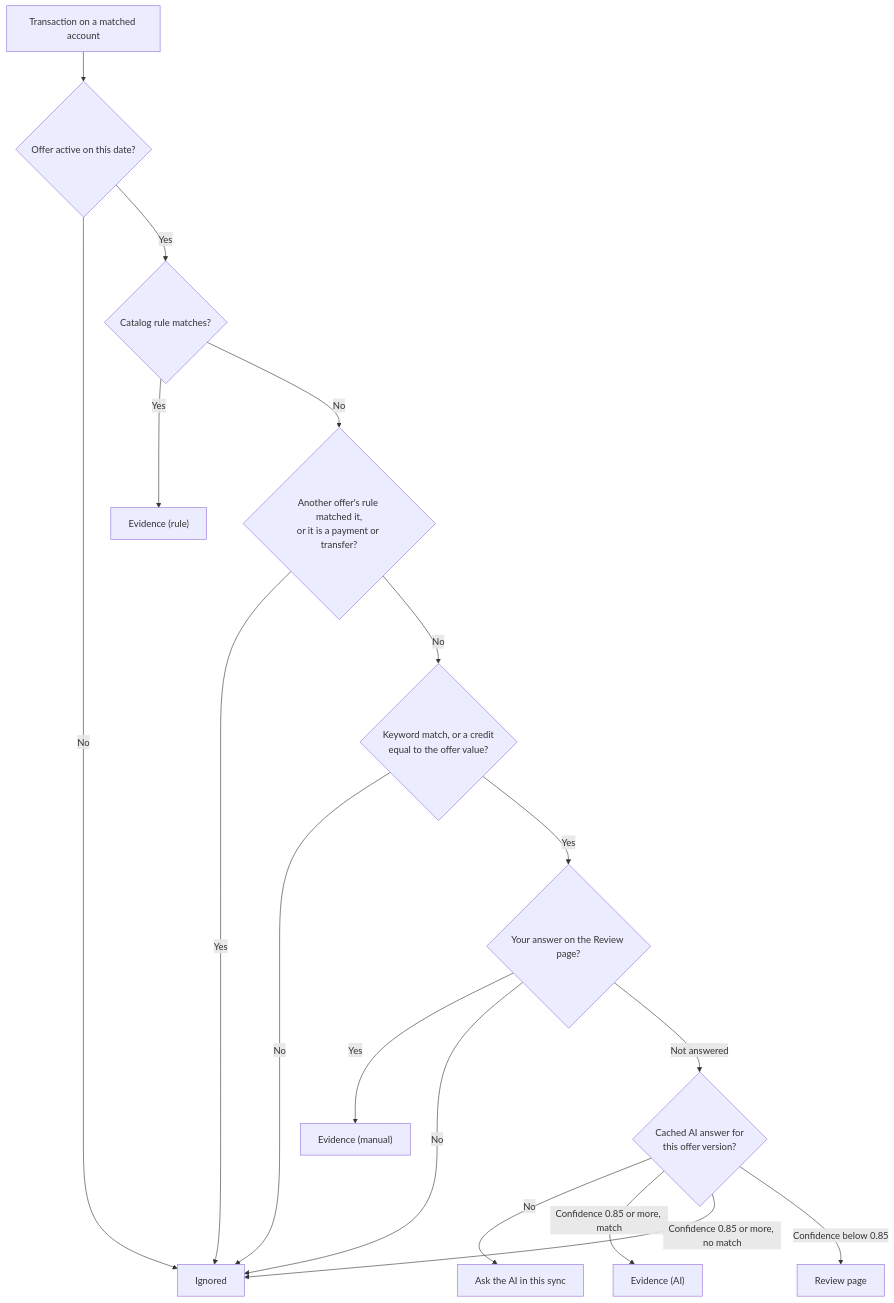
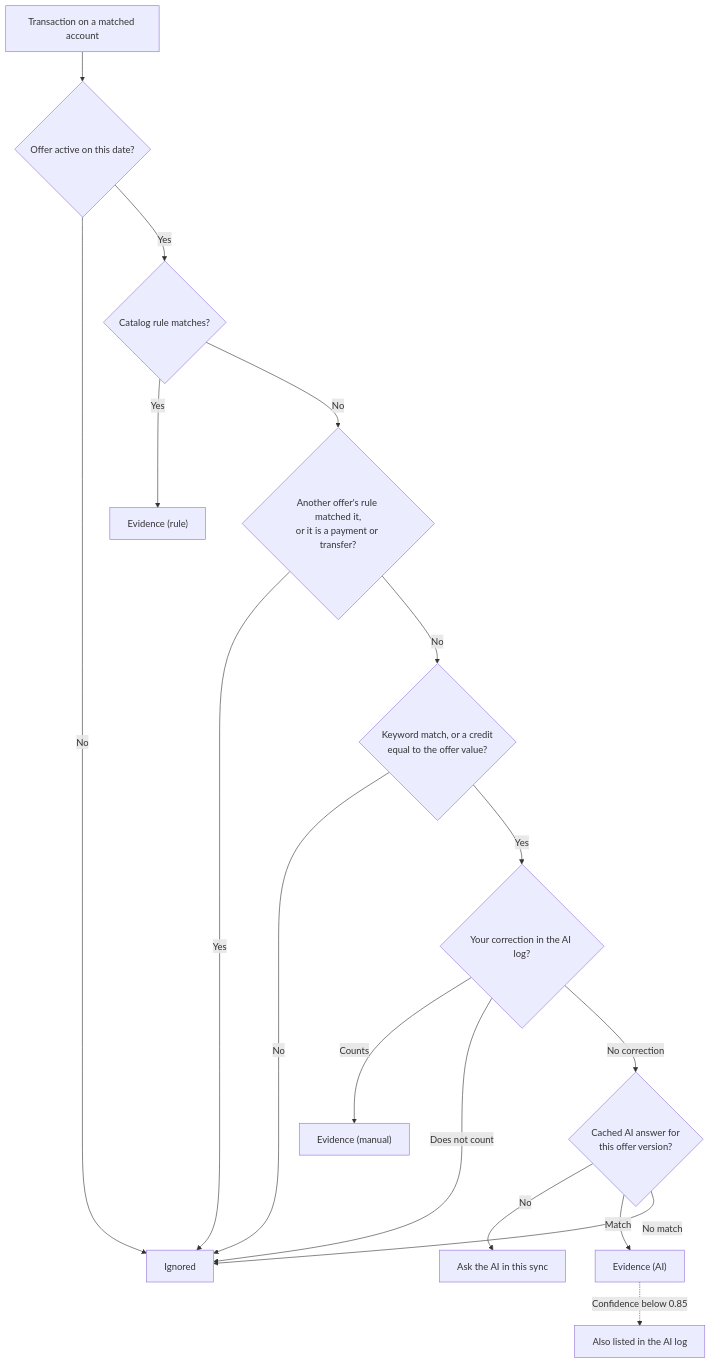
The third of 5 diagrams in docs/src/content/docs/how-to/offers.md (nsudhanva/homelab), drawn with Mermaid before and after one commit. The commit also changed other lines of this file and 55 other files, not shown here.

````diff
--- a/docs/src/content/docs/how-to/offers.md
+++ b/docs/src/content/docs/how-to/offers.md
@@ -65,19 +66,19 @@
 ```mermaid
 flowchart TD
   T["Transaction on a matched account"] --> Active{"Offer active on this date?"}
   Active -- No --> Skip["Ignored"]
   Active -- Yes --> Rule{"Catalog rule matches?"}
   Rule -- Yes --> Evidence["Evidence (rule)"]
   Rule -- No --> Other{"Another offer's rule matched it,<br/>or it is a payment or transfer?"}
   Other -- Yes --> Skip
   Other -- No --> Keyword{"Keyword match, or a credit<br/>equal to the offer value?"}
   Keyword -- No --> Skip
-  Keyword -- Yes --> Answer{"Your answer on the Review page?"}
-  Answer -- Yes --> Manual["Evidence (manual)"]
-  Answer -- No --> Skip
-  Answer -- "Not answered" --> Cached{"Cached AI answer for<br/>this offer version?"}
+  Keyword -- Yes --> Answer{"Your correction in the AI log?"}
+  Answer -- "Counts" --> Manual["Evidence (manual)"]
+  Answer -- "Does not count" --> Skip
+  Answer -- "No correction" --> Cached{"Cached AI answer for<br/>this offer version?"}
   Cached -- No --> Ask["Ask the AI in this sync"]
-  Cached -- "Confidence 0.85 or more, match" --> AIEvidence["Evidence (AI)"]
-  Cached -- "Confidence 0.85 or more, no match" --> Skip
-  Cached -- "Confidence below 0.85" --> Review["Review page"]
+  Cached -- Match --> AIEvidence["Evidence (AI)"]
+  Cached -- "No match" --> Skip
+  AIEvidence -. "Confidence below 0.85" .-> Log["Also listed in the AI log"]
 ```
````
